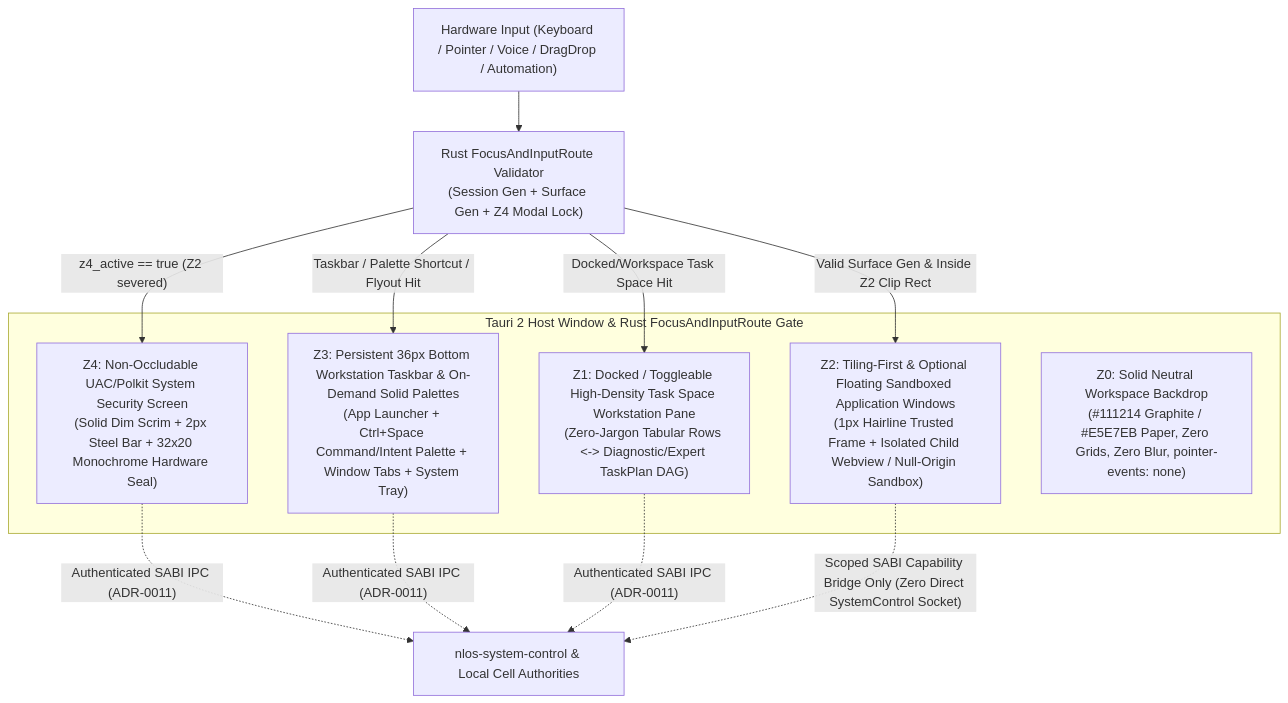
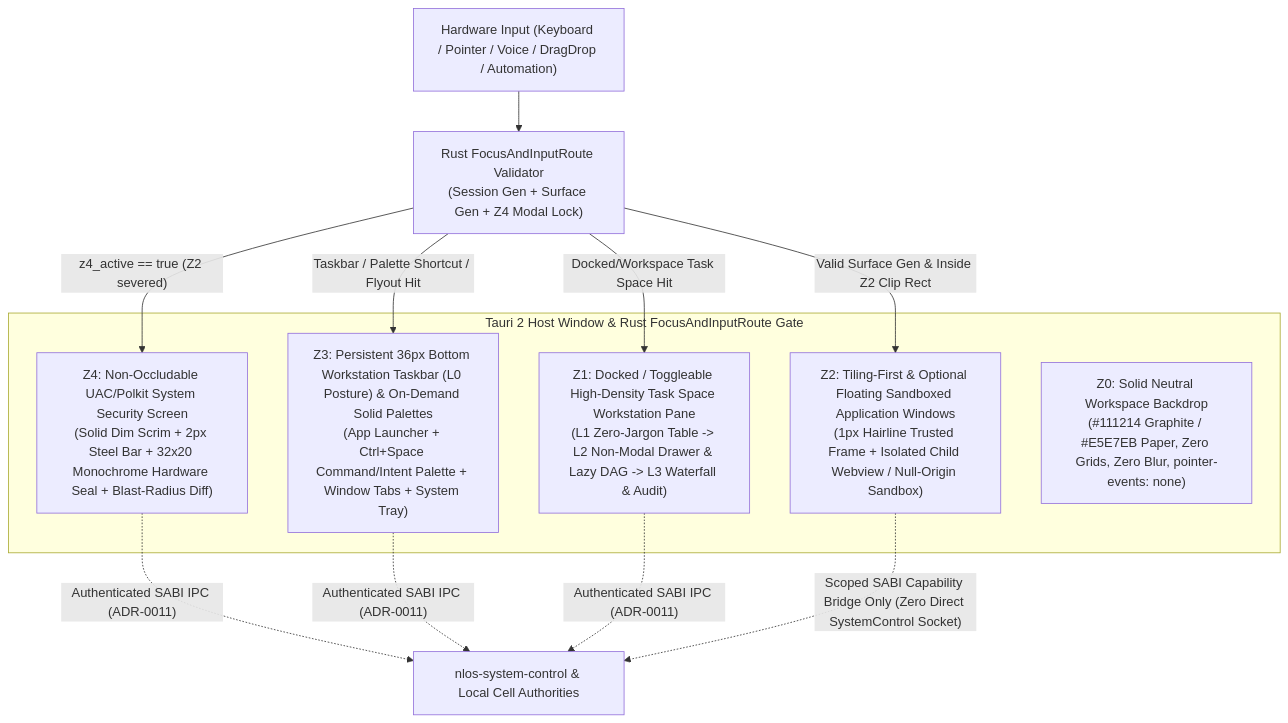
Before and after one commit to cty12356541/llmos: the diagram in docs/management/adrs/0025-stage-d-hybrid-desktop-compositor-and-trusted-ui-layering.md, drawn with Mermaid. The commit also changed other lines of this file and 4 other files, not shown here.

````diff
--- a/docs/management/adrs/0025-stage-d-hybrid-desktop-compositor-and-trusted-ui-layering.md
+++ b/docs/management/adrs/0025-stage-d-hybrid-desktop-compositor-and-trusted-ui-layering.md
@@ -107,20 +120,20 @@
 ```mermaid
 flowchart TB
   subgraph Host["Tauri 2 Host Window & Rust FocusAndInputRoute Gate"]
-    Z4["Z4: Non-Occludable UAC/Polkit System Security Screen<br/>(Solid Dim Scrim + 2px Steel Bar + 32x20 Monochrome Hardware Seal)"]
-    Z3["Z3: Persistent 36px Bottom Workstation Taskbar & On-Demand Solid Palettes<br/>(App Launcher + Ctrl+Space Command/Intent Palette + Window Tabs + System Tray)"]
+    Z4["Z4: Non-Occludable UAC/Polkit System Security Screen<br/>(Solid Dim Scrim + 2px Steel Bar + 32x20 Monochrome Hardware Seal + Blast-Radius Diff)"]
+    Z3["Z3: Persistent 36px Bottom Workstation Taskbar (L0 Posture) & On-Demand Solid Palettes<br/>(App Launcher + Ctrl+Space Command/Intent Palette + Window Tabs + System Tray)"]
     Z2["Z2: Tiling-First & Optional Floating Sandboxed Application Windows<br/>(1px Hairline Trusted Frame + Isolated Child Webview / Null-Origin Sandbox)"]
-    Z1["Z1: Docked / Toggleable High-Density Task Space Workstation Pane<br/>(Zero-Jargon Tabular Rows <-> Diagnostic/Expert TaskPlan DAG)"]
+    Z1["Z1: Docked / Toggleable High-Density Task Space Workstation Pane<br/>(L1 Zero-Jargon Table -> L2 Non-Modal Drawer & Lazy DAG -> L3 Waterfall & Audit)"]
     Z0["Z0: Solid Neutral Workspace Backdrop<br/>(#111214 Graphite / #E5E7EB Paper, Zero Grids, Zero Blur, pointer-events: none)"]
   end
 
   Input["Hardware Input (Keyboard / Pointer / Voice / DragDrop / Automation)"] --> Router["Rust FocusAndInputRoute Validator<br/>(Session Gen + Surface Gen + Z4 Modal Lock)"]
   Router -->|"z4_active == true (Z2 severed)"| Z4
   Router -->|"Taskbar / Palette Shortcut / Flyout Hit"| Z3
   Router -->|"Valid Surface Gen & Inside Z2 Clip Rect"| Z2
   Router -->|"Docked/Workspace Task Space Hit"| Z1
   Z4 -.->|"Authenticated SABI IPC (ADR-0011)"| Daemon["nlos-system-control & Local Cell Authorities"]
   Z3 -.->|"Authenticated SABI IPC (ADR-0011)"| Daemon
   Z1 -.->|"Authenticated SABI IPC (ADR-0011)"| Daemon
   Z2 -.->|"Scoped SABI Capability Bridge Only (Zero Direct SystemControl Socket)"| Daemon
 ```
````
